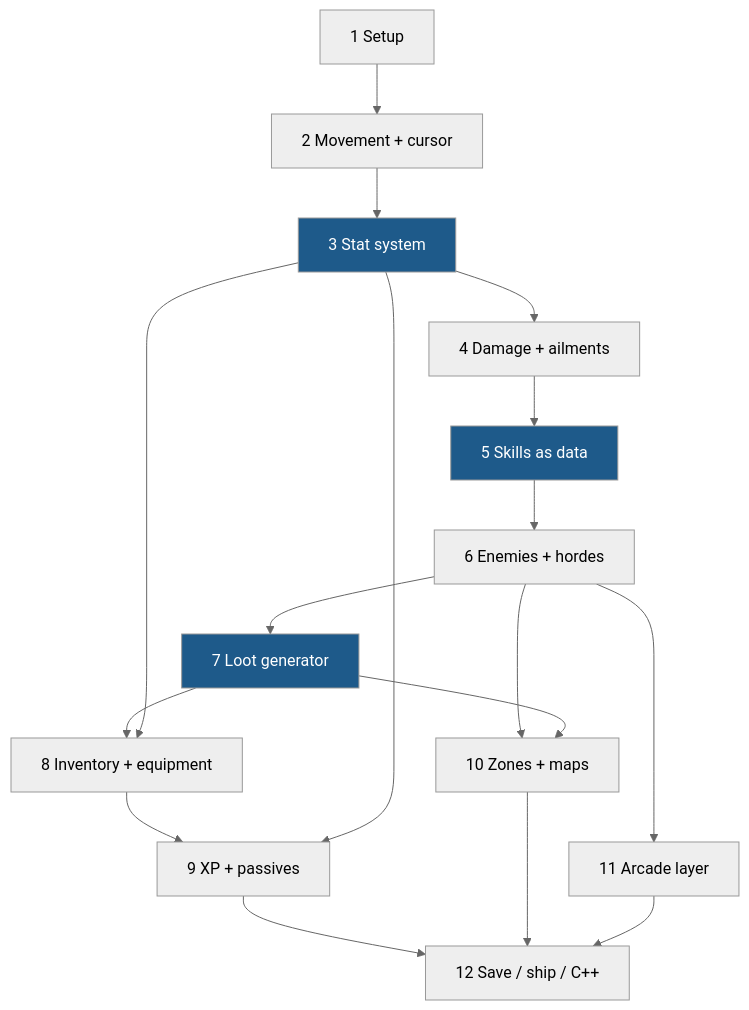
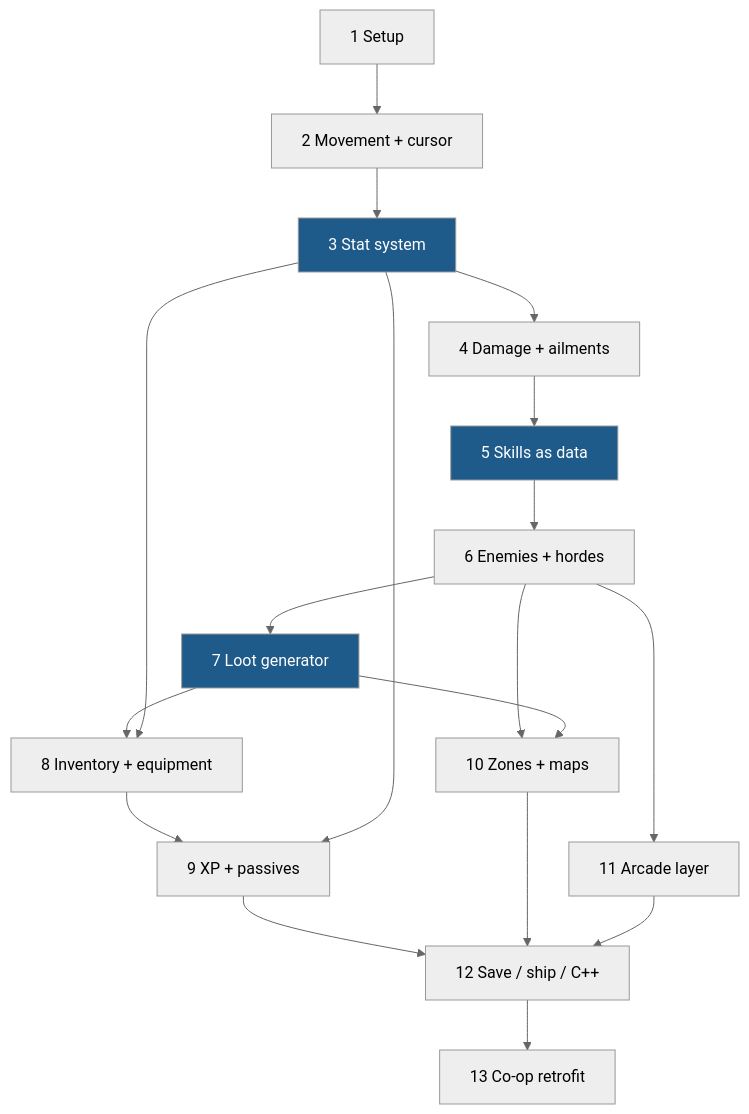
Before and after one commit to erancihan/erancihan: the first of 2 diagrams in guides/topdown-arpg-ue5/README.md, drawn with Mermaid (neutral theme). The commit also changed other lines of this file and 14 other files, not shown here.

````diff
--- a/guides/topdown-arpg-ue5/README.md
+++ b/guides/topdown-arpg-ue5/README.md
@@ -45,22 +47,23 @@
 ```mermaid
 flowchart TD
     C1[1 Setup] --> C2[2 Movement + cursor]
     C2 --> C3[3 Stat system]
     C3 --> C4[4 Damage + ailments]
     C4 --> C5[5 Skills as data]
     C5 --> C6[6 Enemies + hordes]
     C6 --> C7[7 Loot generator]
     C7 --> C8[8 Inventory + equipment]
     C3 --> C8
     C8 --> C9[9 XP + passives]
     C3 --> C9
     C6 --> C10[10 Zones + maps]
     C7 --> C10
     C6 --> C11[11 Arcade layer]
     C9 --> C12[12 Save / ship / C++]
     C10 --> C12
     C11 --> C12
+    C12 --> C13[13 Co-op retrofit]
     style C3 fill:#1e5a8a,color:#fff
     style C5 fill:#1e5a8a,color:#fff
     style C7 fill:#1e5a8a,color:#fff
 ```
````
